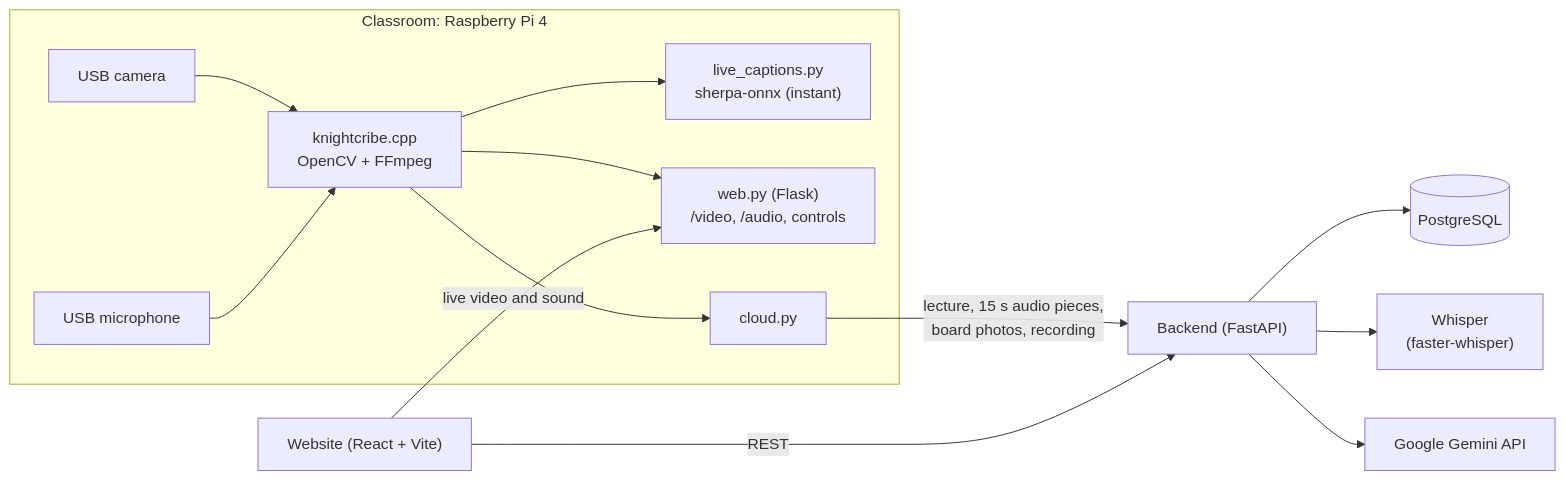
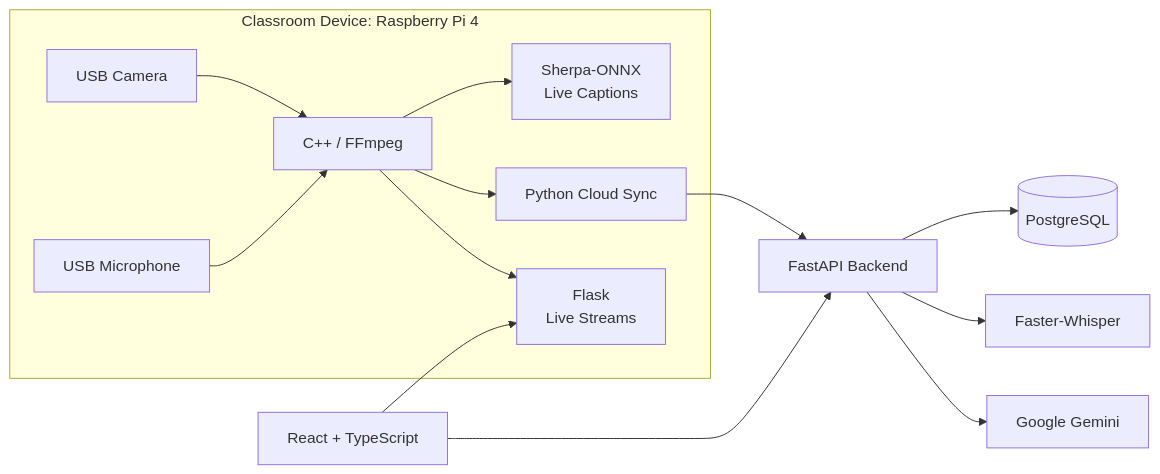
Before and after one commit to Jvertuss/Knightscribe: the diagram in README.md, drawn with Mermaid. The commit also changed other lines of this file, not shown here.

````diff
--- a/README.md
+++ b/README.md
@@ -24,16 +19,18 @@
 ```mermaid
 flowchart LR
-  subgraph Pi["Classroom: Raspberry Pi 4"]
-    CAM["USB camera"] --> CAP["knightcribe.cpp<br/>OpenCV + FFmpeg"]
-    MIC["USB microphone"] --> CAP
-    CAP --> LIVE["live_captions.py<br/>sherpa-onnx (instant)"]
-    CAP --> WEBPY["web.py (Flask)<br/>/video, /audio, controls"]
-    CAP --> CLOUD["cloud.py"]
-  end
-  CLOUD -- "lecture, 15 s audio pieces,<br/>board photos, recording" --> API["Backend (FastAPI)"]
-  API --> DB[("PostgreSQL")]
-  API --> WHISPER["Whisper<br/>(faster-whisper)"]
-  API --> GEMINI["Google Gemini API"]
-  SITE["Website (React + Vite)"] -- "REST" --> API
-  SITE -- "live video and sound" --> WEBPY
+    subgraph Pi["Classroom Device: Raspberry Pi 4"]
+        CAM["USB Camera"] --> CAP["C++ / FFmpeg"]
+        MIC["USB Microphone"] --> CAP
+        CAP --> LIVE["Sherpa-ONNX<br/>Live Captions"]
+        CAP --> SYNC["Python Cloud Sync"]
+        CAP --> STREAM["Flask<br/>Live Streams"]
+    end
+
+    SYNC --> API["FastAPI Backend"]
+    API --> DB[("PostgreSQL")]
+    API --> WHISPER["Faster-Whisper"]
+    API --> GEMINI["Google Gemini"]
+
+    SITE["React + TypeScript"] --> API
+    SITE --> STREAM
 ```
````
